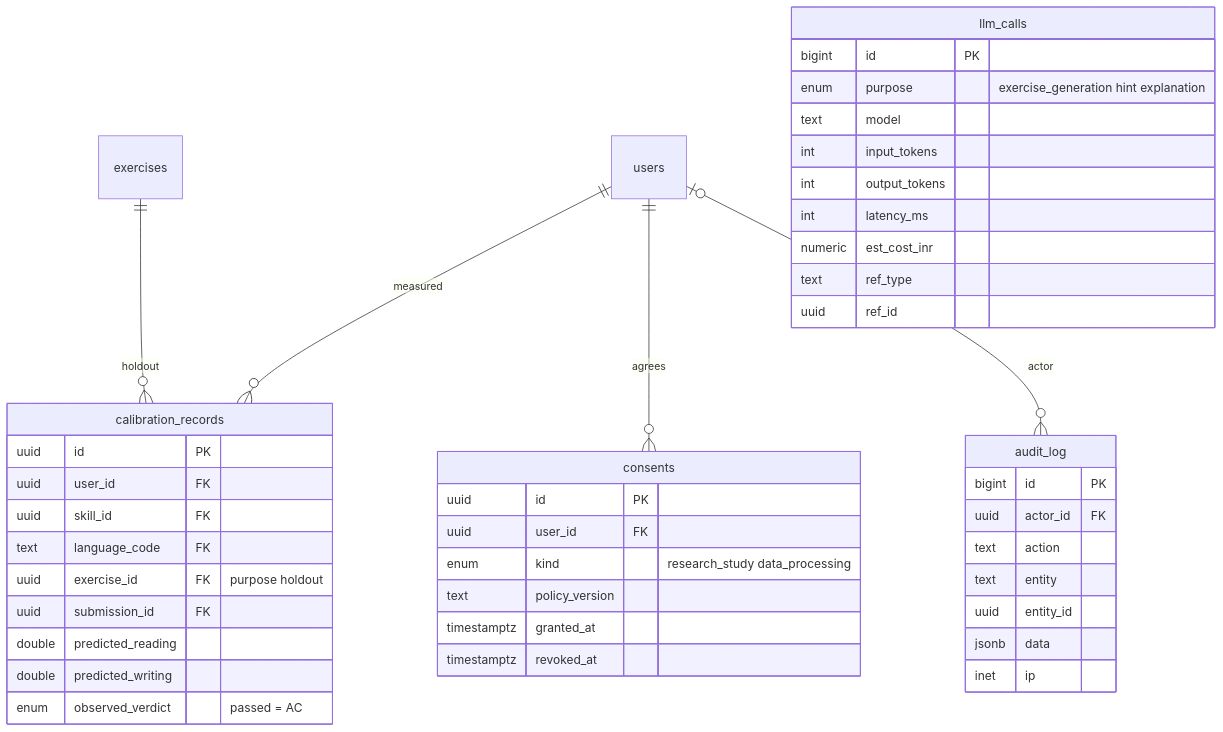
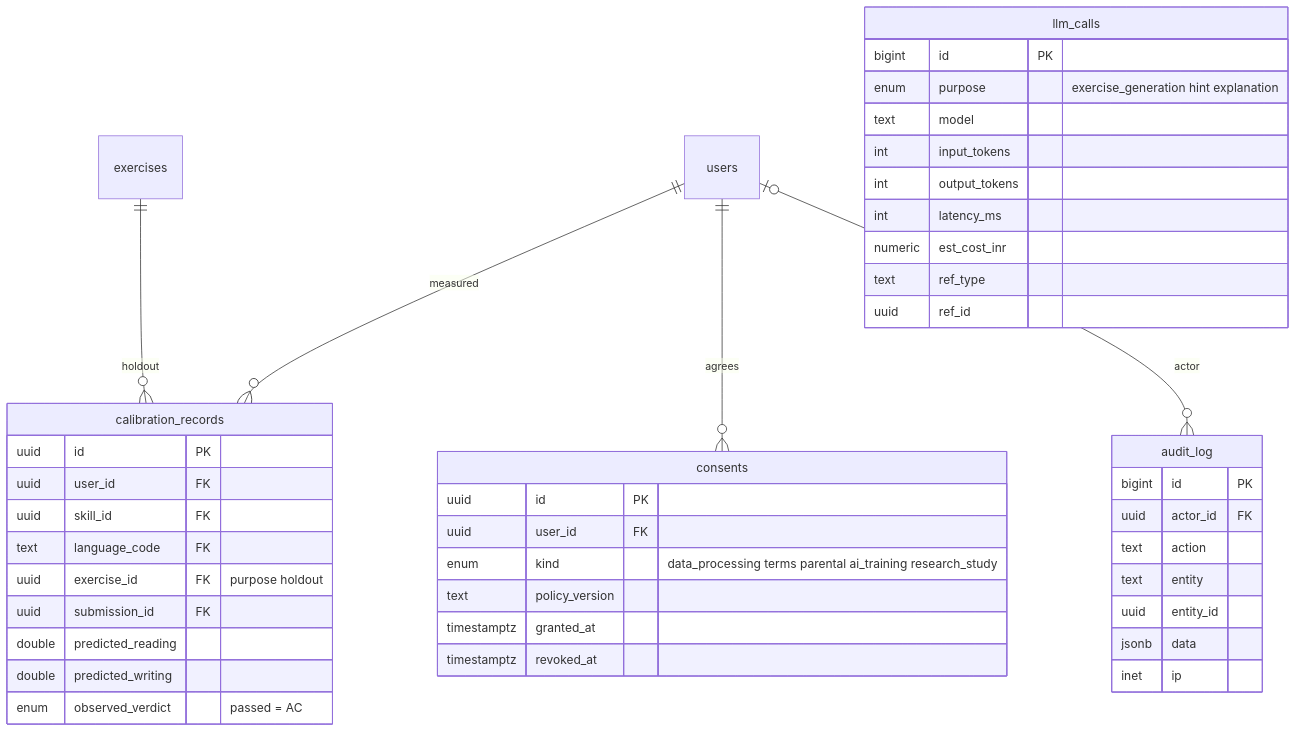
Diagram 15 of 32 in DOCS/phase-2/MP3-System-Design.md (Nidanos/ai-tutor-platform), drawn with Mermaid before and after one commit. The commit also changed other lines of this file and 2 other files, not shown here.

````diff
--- a/DOCS/phase-2/MP3-System-Design.md
+++ b/DOCS/phase-2/MP3-System-Design.md
@@ -971,46 +972,46 @@
 ```mermaid
 erDiagram
   users ||--o{ calibration_records : "measured"
   exercises ||--o{ calibration_records : "holdout"
   users ||--o{ consents : "agrees"
   users |o--o{ audit_log : "actor"
   calibration_records {
     uuid id PK
     uuid user_id FK
     uuid skill_id FK
     text language_code FK
     uuid exercise_id FK "purpose holdout"
     uuid submission_id FK
     double predicted_reading
     double predicted_writing
     enum observed_verdict "passed = AC"
   }
   consents {
     uuid id PK
     uuid user_id FK
-    enum kind "research_study data_processing"
+    enum kind "data_processing terms parental ai_training research_study"
     text policy_version
     timestamptz granted_at
     timestamptz revoked_at
   }
   llm_calls {
     bigint id PK
     enum purpose "exercise_generation hint explanation"
     text model
     int input_tokens
     int output_tokens
     int latency_ms
     numeric est_cost_inr
     text ref_type
     uuid ref_id
   }
   audit_log {
     bigint id PK
     uuid actor_id FK
     text action
     text entity
     uuid entity_id
     jsonb data
     inet ip
   }
 ```
````
